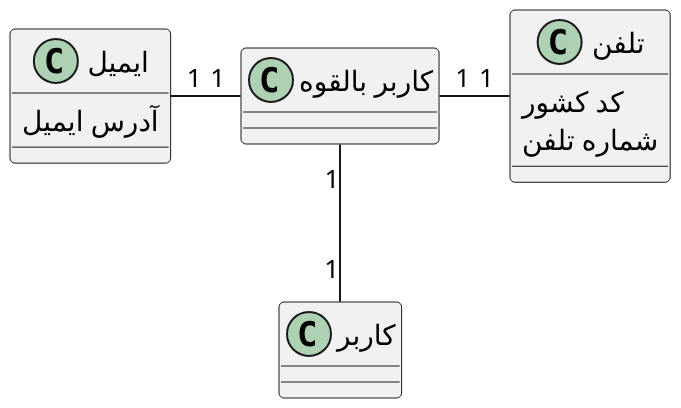
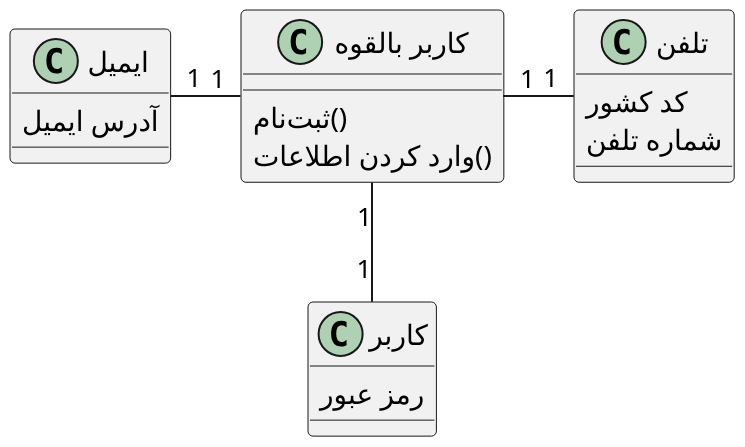
Before and after one commit to soleyman79/Qasedak: the diagram in Diagrams/Class/Signup.puml, drawn with PlantUML. The commit also changed 1 other file, not shown here.

```diff
--- a/Diagrams/Class/Signup.puml
+++ b/Diagrams/Class/Signup.puml
@@ -1,26 +1,29 @@
 @startuml signup
 
 scale 2
 skinparam DefaultFontName B Nazanin
 
 
 class "کاربر بالقوه" as potential_user {
+    ثبت‌نام()
+    وارد کردن اطلاعات()
 }
 
 class "ایمیل" as address {
     آدرس ایمیل
 }
 
 class "تلفن" as phone {
     کد کشور
     شماره تلفن
 }
 
 class "کاربر" as user {
+    رمز عبور
 }
 
 potential_user "1" -left- "1" address
 potential_user "1" -right- "1" phone
 potential_user "1" -down- "1" user
 
 @enduml
```
